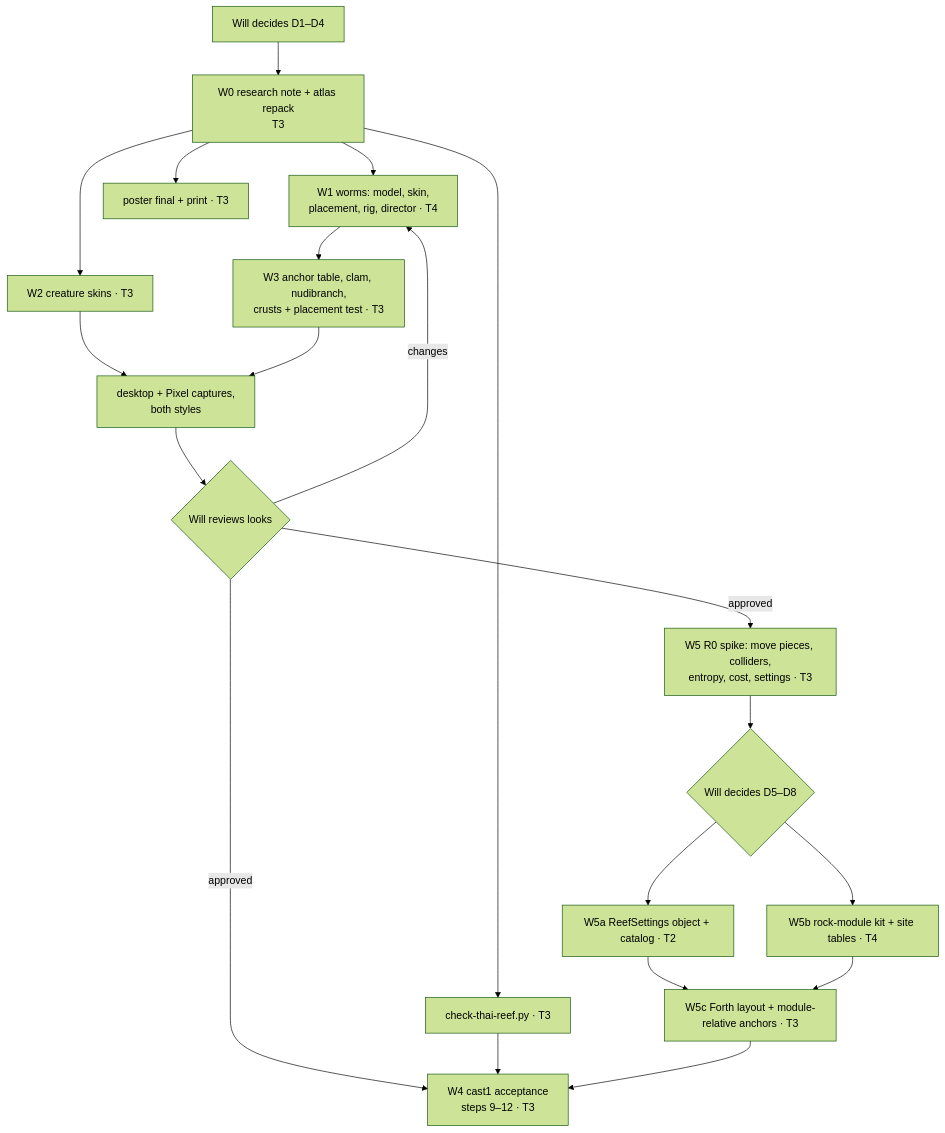
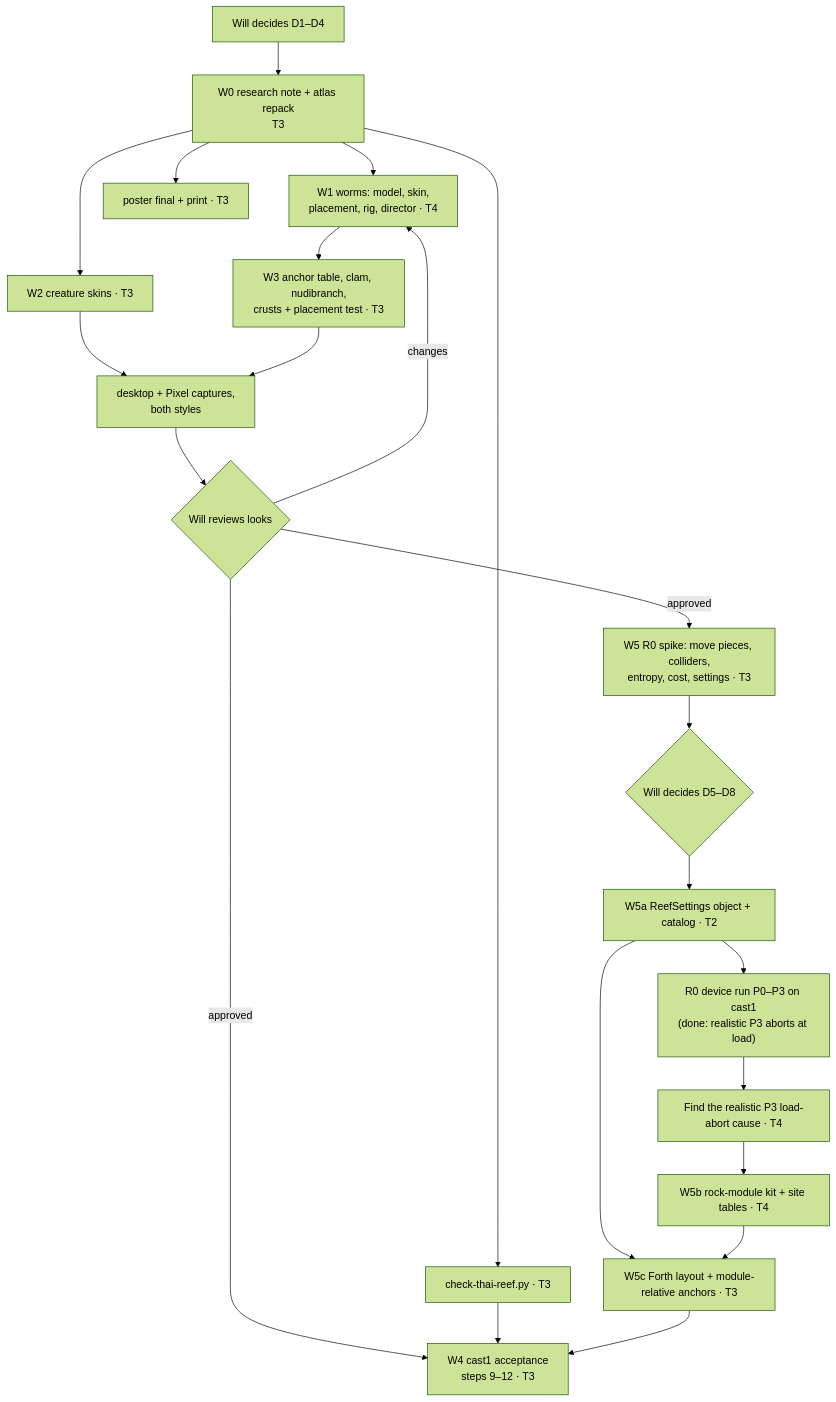
One commit to wbniv/WorldFoundry changed the eighth of 8 diagrams in docs/plans/2026-11-08-reef-tanks-finish.md. Above: the diagram before and after it, drawn with Mermaid (forest theme). The commit also changed other lines of this file and 18 other files, not shown here.

First line of the commit message:
Reef plan: R0 device run P0–P3 on cast1; realistic 97-object load abort

````diff
--- a/docs/plans/2026-11-08-reef-tanks-finish.md
+++ b/docs/plans/2026-11-08-reef-tanks-finish.md
@@ -415,22 +431,24 @@
 ```mermaid
 flowchart TD
     D["Will decides D1–D4"] --> W0["W0 research note + atlas repack<br/>T3"]
     W0 --> W1["W1 worms: model, skin,<br/>placement, rig, director · T4"]
     W0 --> W2["W2 creature skins · T3"]
     W1 --> W3["W3 anchor table, clam, nudibranch,<br/>crusts + placement test · T3"]
     W2 --> CAP["desktop + Pixel captures,<br/>both styles"]
     W3 --> CAP
     CAP --> REV{"Will reviews looks"}
     REV -->|"changes"| W1
     REV -->|"approved"| W4["W4 cast1 acceptance<br/>steps 9–12 · T3"]
     W0 --> CHK["check-thai-reef.py · T3"]
     CHK --> W4
     W0 --> POS["poster final + print · T3"]
     REV -->|"approved"| R0["W5 R0 spike: move pieces, colliders,<br/>entropy, cost, settings · T3"]
     R0 --> D5{"Will decides D5–D8"}
     D5 --> W5a["W5a ReefSettings object + catalog · T2"]
-    D5 --> W5b["W5b rock-module kit + site tables · T4"]
+    W5a --> DEV["R0 device run P0–P3 on cast1<br/>(done: realistic P3 aborts at load)"]
+    DEV --> ABORT["Find the realistic P3 load-abort cause · T4"]
+    ABORT --> W5b["W5b rock-module kit + site tables · T4"]
     W5a --> W5c["W5c Forth layout + module-relative anchors · T3"]
     W5b --> W5c
     W5c --> W4
 ```
````
